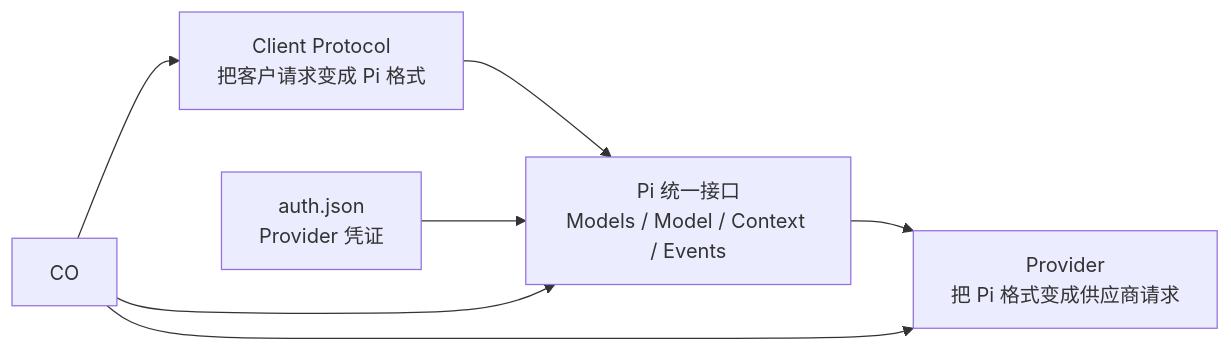
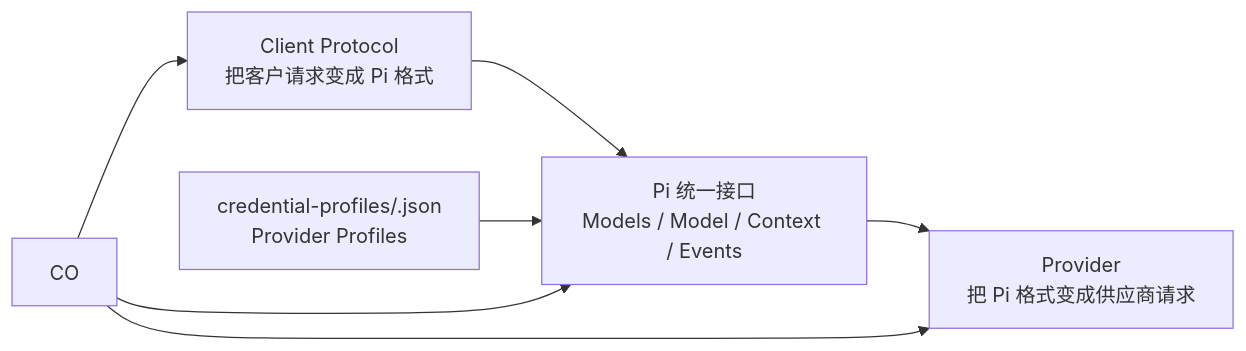
The tenth of 19 diagrams in doc/LuckyTokenArchitecture.md (keeplearning2026/LuckyToken), drawn with Mermaid before and after one commit. The commit also changed other lines of this file and 130 other files, not shown here.

Commit message:
feat: add provider credential profiles

````diff
--- a/doc/LuckyTokenArchitecture.md
+++ b/doc/LuckyTokenArchitecture.md
@@ -1150,9 +1149,9 @@
 ```mermaid
 flowchart LR
     CP["Client Protocol\n把客户请求变成 Pi 格式"] --> PI["Pi 统一接口\nModels / Model / Context / Events"]
     PI --> PR["Provider\n把 Pi 格式变成供应商请求"]
-    AC["auth.json\nProvider 凭证"] --> PI
+    AC["credential-profiles/<provider>.json\nProvider Profiles"] --> PI
     CO --> PI
     CO --> CP
     CO --> PR
 ```
````
